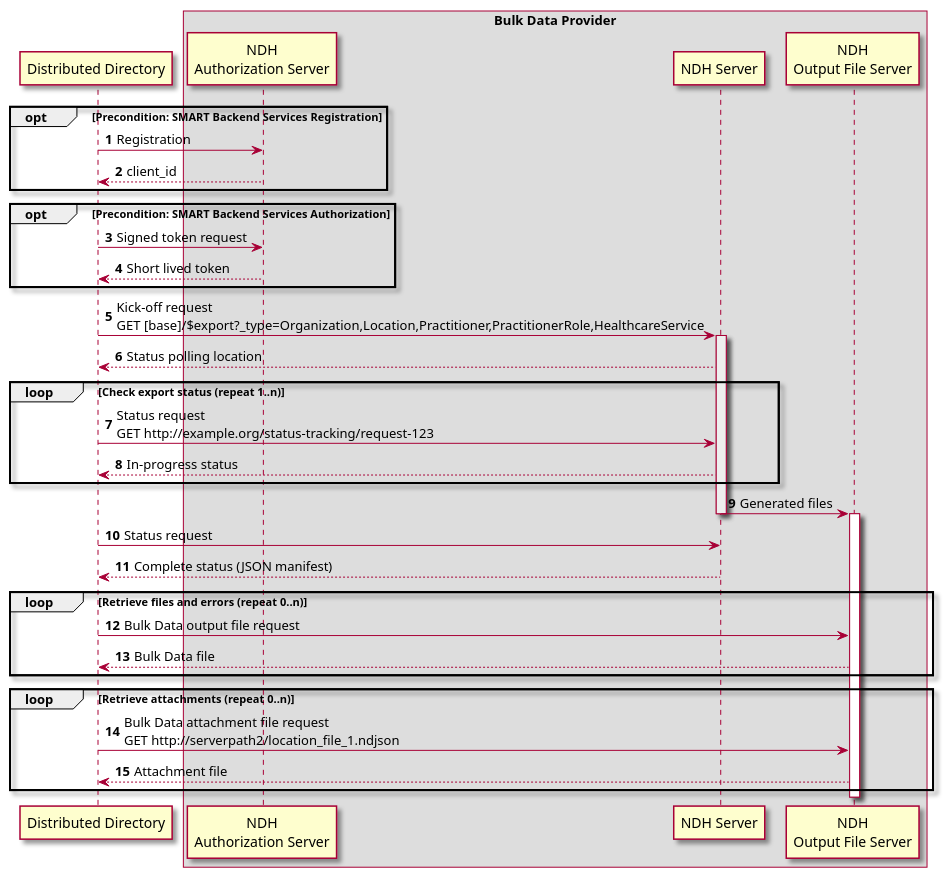
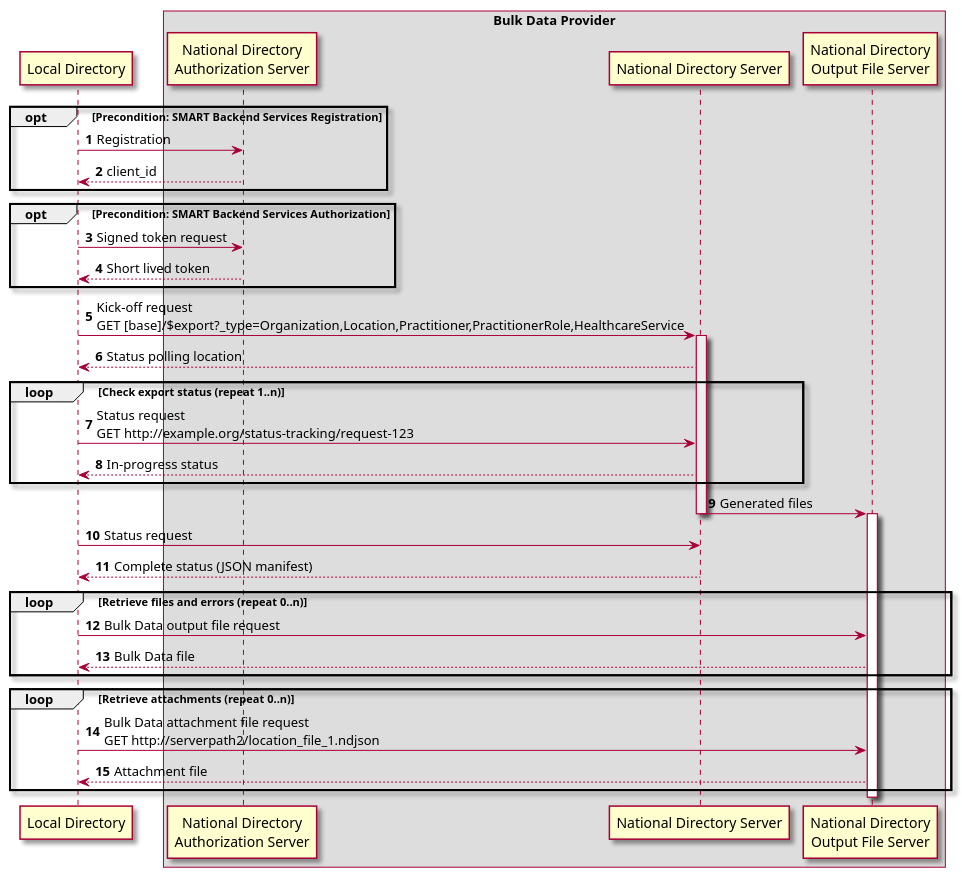
The diagram in input/images-source/bulk-flow.plantuml (HL7/fhir-us-ndh), drawn with PlantUML before and after one commit. The commit also changed 10 other files, not shown here.

```diff
--- a/input/images-source/bulk-flow.plantuml
+++ b/input/images-source/bulk-flow.plantuml
@@ -1,40 +1,40 @@
 @startuml
 skin rose
 autonumber
 
-participant APP as "Distributed Directory"
+participant APP as "Local Directory"
 box Bulk Data Provider
-participant "NDH\nAuthorization Server" as AUTH
-participant "NDH Server" as FHIR
-participant "NDH\nOutput File Server" as FILE
+participant "National Directory\nAuthorization Server" as AUTH
+participant "National Directory Server" as FHIR
+participant "National Directory\nOutput File Server" as FILE
 end box
 opt  Precondition: SMART Backend Services Registration
     APP -> AUTH: Registration
    return client_id
 end
 opt  Precondition: SMART Backend Services Authorization
     APP -> AUTH: Signed token request
    return Short lived token
 end
 APP -> FHIR: Kick-off request\nGET [base]/$export?_type=Organization,Location,Practitioner,PractitionerRole,HealthcareService
 activate FHIR #eee
 FHIR --> APP: Status polling location
 loop Check export status (repeat 1..n)
   APP -> FHIR: Status request\nGET http://example.org/status-tracking/request-123
   FHIR --> APP: In-progress status
 end
 FHIR -> FILE: Generated files
 deactivate FHIR
 activate FILE
 APP -> FHIR: Status request
 FHIR --> APP: Complete status (JSON manifest)
 loop Retrieve files and errors (repeat 0..n)
   APP -> FILE: Bulk Data output file request
   FILE --> APP: Bulk Data file
 end
 loop Retrieve attachments (repeat 0..n)
   APP -> FILE: Bulk Data attachment file request\nGET http://serverpath2/location_file_1.ndjson
   FILE --> APP:  Attachment file
 end
 deactivate FILE #eee
 @enduml
```
